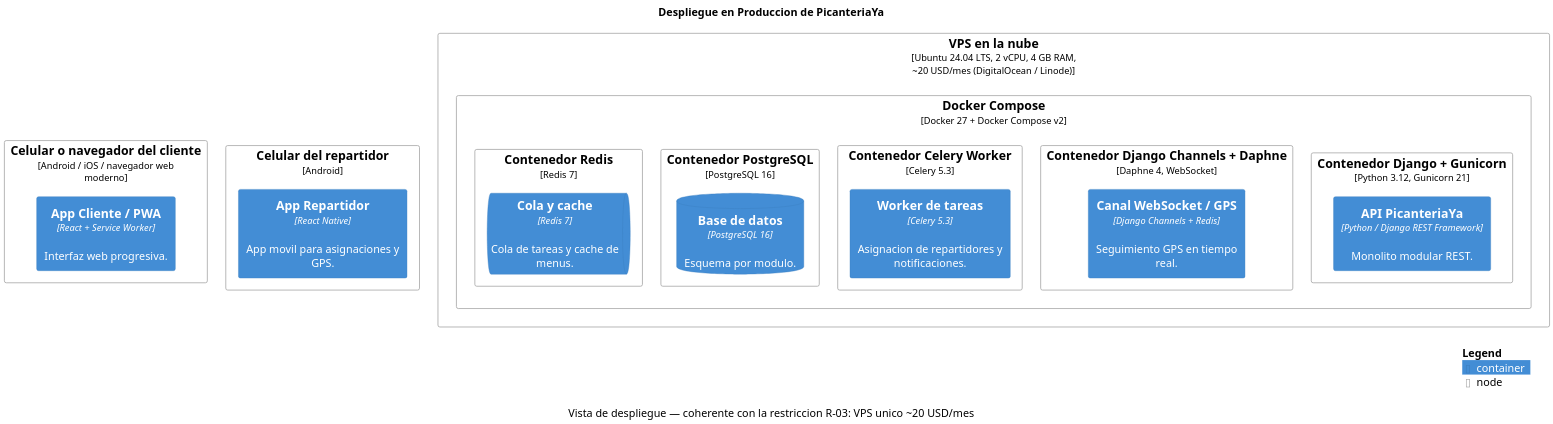
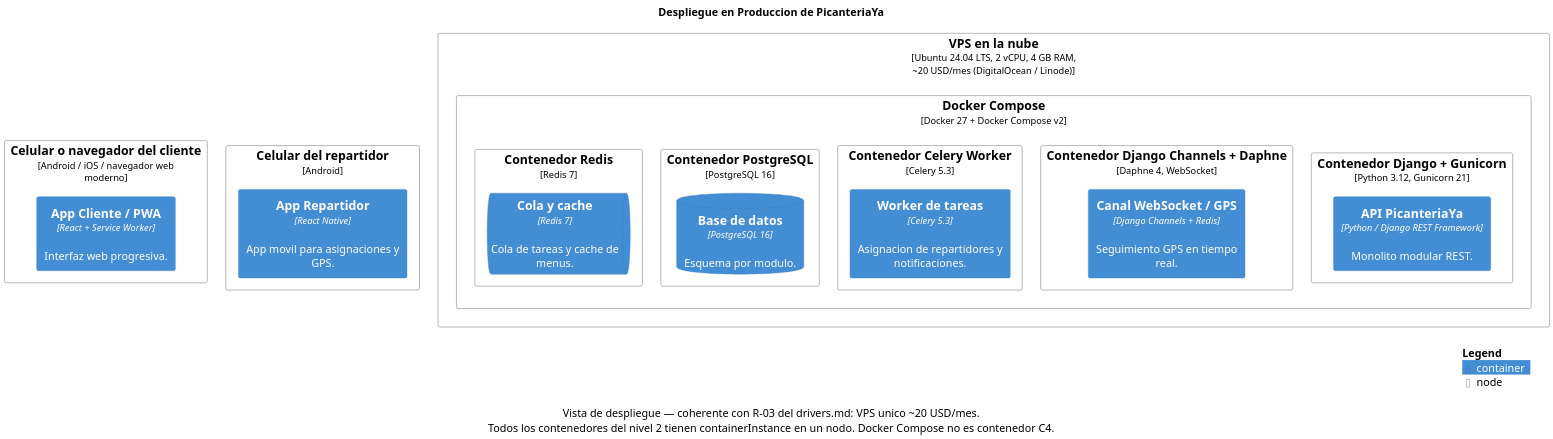
Before and after one commit to ChipanaGerman/cs-2026b-lab04-grupoXX: the diagram in docs/architecture/c4/export/Despliegue.puml, drawn with PlantUML.

Commit message:
E5: despliegue C4 — nodos anidados VPS+Docker Compose con instancias de todos los contenedores, coherente con R-03

```diff
--- a/docs/architecture/c4/export/Despliegue.puml
+++ b/docs/architecture/c4/export/Despliegue.puml
@@ -1,37 +1,37 @@
 @startuml
 !include <C4/C4_Deployment>
 skinparam dpi 180
 
 title Despliegue en Produccion de PicanteriaYa
-caption Vista de despliegue — coherente con la restriccion R-03: VPS unico ~20 USD/mes
+caption Vista de despliegue — coherente con R-03 del drivers.md: VPS unico ~20 USD/mes.\nTodos los contenedores del nivel 2 tienen containerInstance en un nodo. Docker Compose no es contenedor C4.
 
 Deployment_Node(userDevice, "Celular o navegador del cliente", "Android / iOS / navegador web moderno") {
     Container(pwa, "App Cliente / PWA", "React + Service Worker", "Interfaz web progresiva.")
 }
 
 Deployment_Node(repDevice, "Celular del repartidor", "Android") {
     Container(appRepartidor, "App Repartidor", "React Native", "App movil para asignaciones y GPS.")
 }
 
 Deployment_Node(vps, "VPS en la nube", "Ubuntu 24.04 LTS, 2 vCPU, 4 GB RAM, ~20 USD/mes (DigitalOcean / Linode)") {
     Deployment_Node(dockerCompose, "Docker Compose", "Docker 27 + Docker Compose v2") {
         Deployment_Node(djangoNode, "Contenedor Django + Gunicorn", "Python 3.12, Gunicorn 21") {
             Container(api, "API PicanteriaYa", "Python / Django REST Framework", "Monolito modular REST.")
         }
         Deployment_Node(channelsNode, "Contenedor Django Channels + Daphne", "Daphne 4, WebSocket") {
             Container(wsGPS, "Canal WebSocket / GPS", "Django Channels + Redis", "Seguimiento GPS en tiempo real.")
         }
         Deployment_Node(celeryNode, "Contenedor Celery Worker", "Celery 5.3") {
             Container(worker, "Worker de tareas", "Celery 5.3", "Asignacion de repartidores y notificaciones.")
         }
         Deployment_Node(pgNode, "Contenedor PostgreSQL", "PostgreSQL 16") {
             ContainerDb(db, "Base de datos", "PostgreSQL 16", "Esquema por modulo.")
         }
         Deployment_Node(redisNode, "Contenedor Redis", "Redis 7") {
             ContainerQueue(cola, "Cola y cache", "Redis 7", "Cola de tareas y cache de menus.")
         }
     }
 }
 
 SHOW_LEGEND()
 @enduml
```
